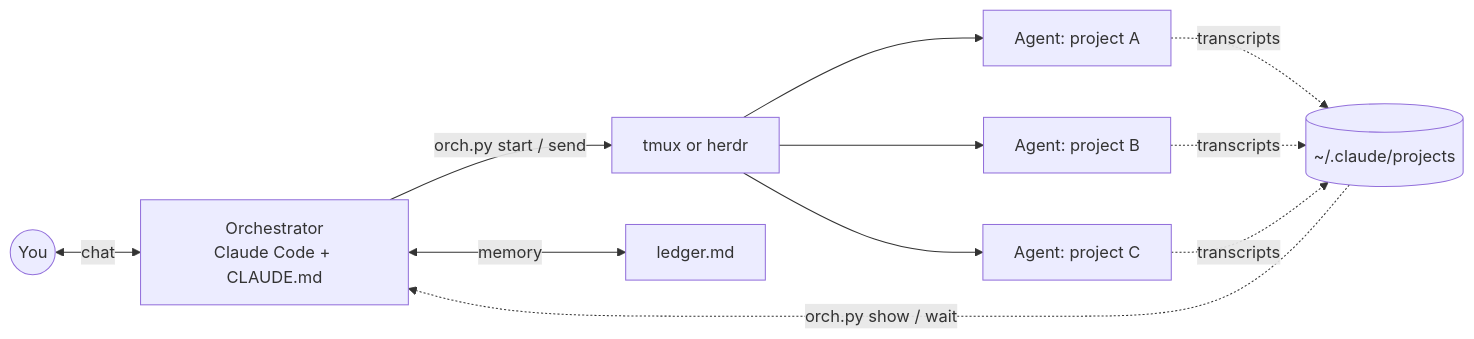
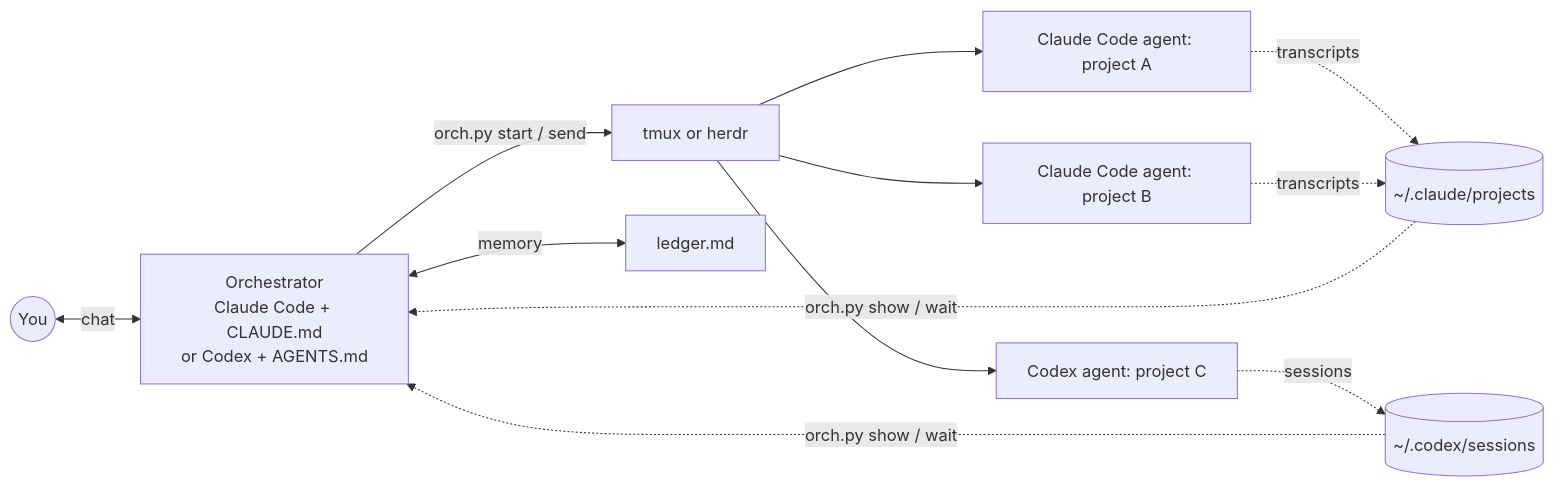
Before and after one commit to anant1811/orchestrator-starter: the diagram in README.md, drawn with Mermaid. The commit also changed other lines of this file and 4 other files, not shown here.

First line of the commit message:
Add Codex support and mixed Claude Code / Codex teams

````diff
--- a/README.md
+++ b/README.md
@@ -10,11 +10,12 @@
 ```mermaid
 flowchart LR
-    You((You)) <-->|chat| O[Orchestrator<br/>Claude Code + CLAUDE.md]
+    You((You)) <-->|chat| O[Orchestrator<br/>Claude Code + CLAUDE.md<br/>or Codex + AGENTS.md]
     O -->|orch.py start / send| T[tmux or herdr]
-    T --> A1[Agent: project A]
-    T --> A2[Agent: project B]
-    T --> A3[Agent: project C]
-    A1 & A2 & A3 -.->|transcripts| J[(~/.claude/projects)]
-    J -.->|orch.py show / wait| O
+    T --> A1[Claude Code agent: project A]
+    T --> A2[Claude Code agent: project B]
+    T --> A3[Codex agent: project C]
+    A1 & A2 -.->|transcripts| J[(~/.claude/projects)]
+    A3 -.->|sessions| K[(~/.codex/sessions)]
+    J & K -.->|orch.py show / wait| O
     O <-->|memory| L[ledger.md]
 ```
````
